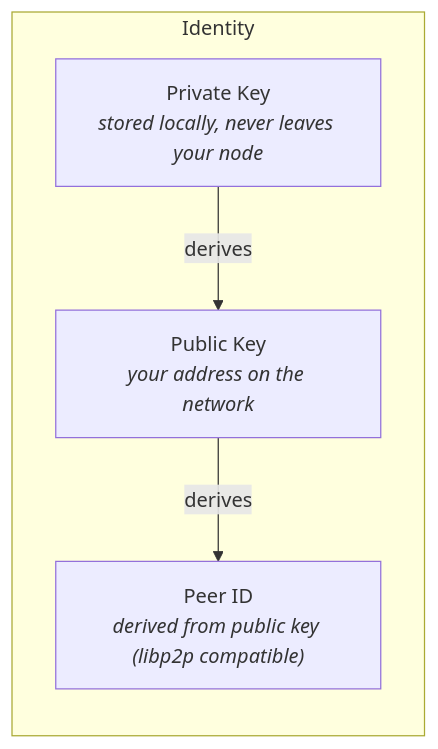
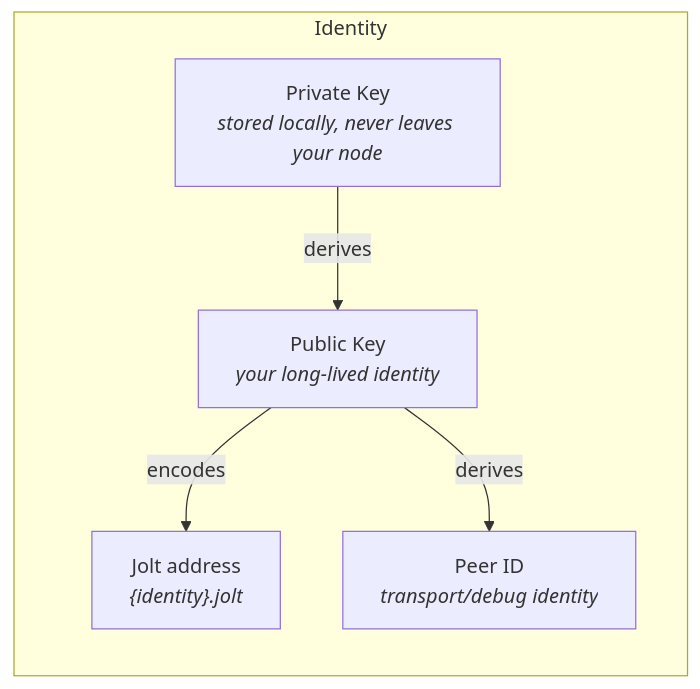
One commit to alexanderwanyoike/jolt changed the first of 4 diagrams in docs/02-identity-and-crypto.md. Above: the diagram before and after it, drawn with Mermaid. The commit also changed other lines of this file and 16 other files, not shown here.

````diff
--- a/docs/02-identity-and-crypto.md
+++ b/docs/02-identity-and-crypto.md
@@ -7,10 +7,13 @@
 ```mermaid
 graph LR
     subgraph identity["Identity"]
         PK["Private Key<br/><i>stored locally, never leaves your node</i>"]
-        PubK["Public Key<br/><i>your address on the network</i>"]
-        PeerID["Peer ID<br/><i>derived from public key (libp2p compatible)</i>"]
+        PubK["Public Key<br/><i>your long-lived identity</i>"]
+        JoltAddr["Jolt address<br/><i>{identity}.jolt</i>"]
+        PeerID["Peer ID<br/><i>transport/debug identity</i>"]
     end
 
-    PK -->|derives| PubK -->|derives| PeerID
+    PK -->|derives| PubK
+    PubK -->|encodes| JoltAddr
+    PubK -->|derives| PeerID
 ```
````
